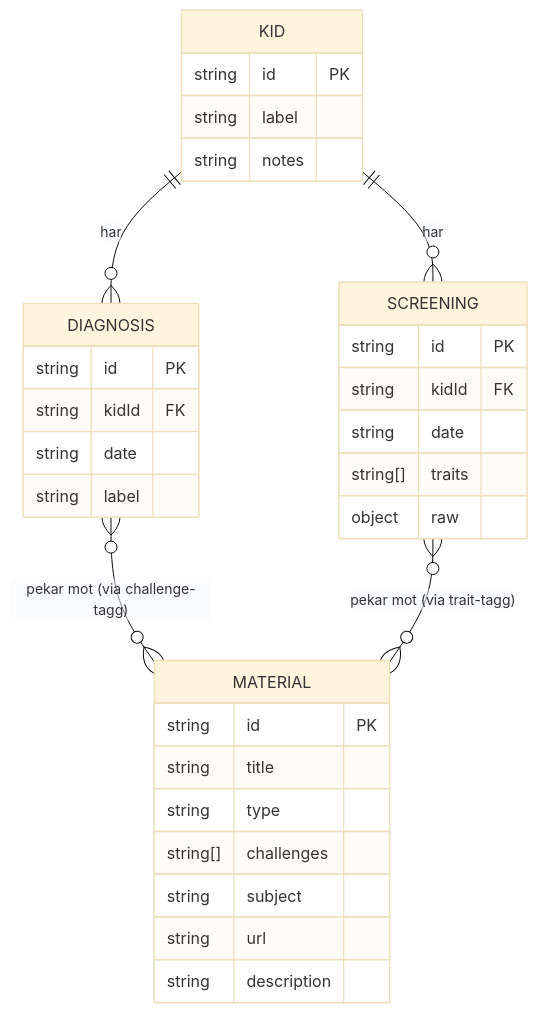
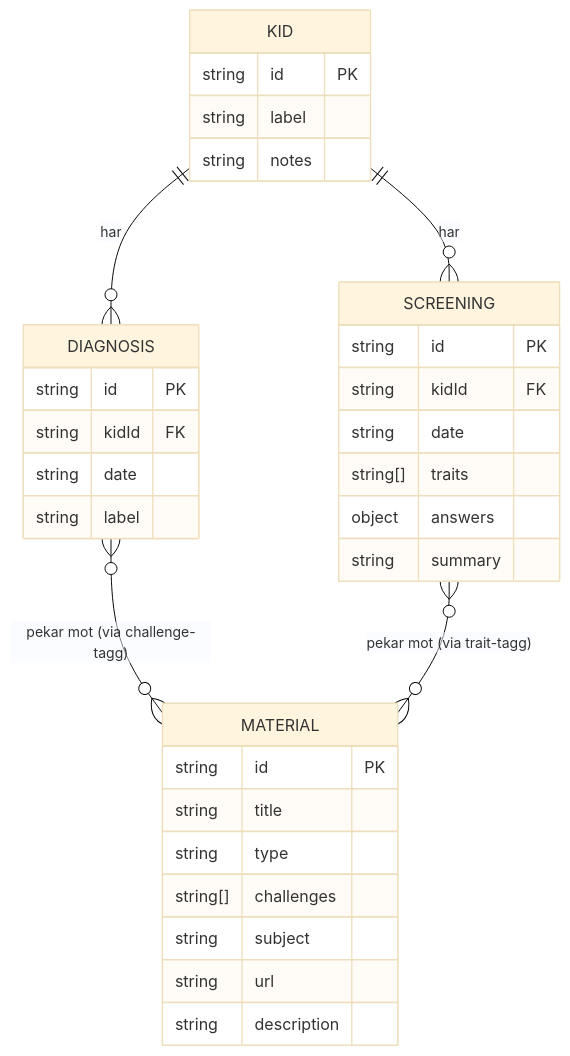
Before and after one commit to tommysafstrom/teacher: the first of 3 diagrams in documentation/data-model.md, drawn with Mermaid (base theme). The commit also changed other lines of this file and 24 other files, not shown here.

````diff
--- a/documentation/data-model.md
+++ b/documentation/data-model.md
@@ -3,38 +5,39 @@
 ```mermaid
 erDiagram
     KID {
         string id PK
         string label
         string notes
     }
 
     SCREENING {
         string id PK
         string kidId FK
         string date
         string[] traits
-        object raw
+        object answers
+        string summary
     }
 
     DIAGNOSIS {
         string id PK
         string kidId FK
         string date
         string label
     }
 
     MATERIAL {
         string id PK
         string title
         string type
         string[] challenges
         string subject
         string url
         string description
     }
 
     KID ||--o{ SCREENING : "har"
     KID ||--o{ DIAGNOSIS : "har"
     DIAGNOSIS }o--o{ MATERIAL : "pekar mot (via challenge-tagg)"
     SCREENING }o--o{ MATERIAL : "pekar mot (via trait-tagg)"
 ```
````
